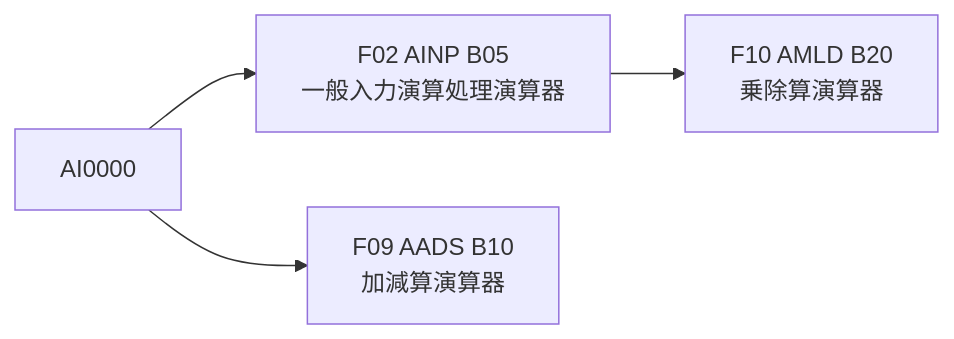
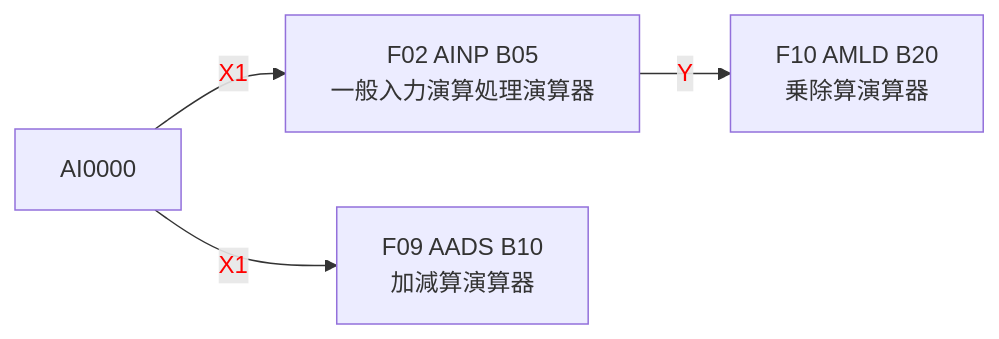
The first of 3 diagrams in EX-N01A-NOTE/ST1-4/DDC/Loop.md (HachiTsai/Hello-World), drawn with Mermaid before and after one commit. The commit also changed other lines of this file and 4 other files, not shown here.

````diff
--- a/EX-N01A-NOTE/ST1-4/DDC/Loop.md
+++ b/EX-N01A-NOTE/ST1-4/DDC/Loop.md
@@ -9,17 +9,18 @@
 ```mermaid
 flowchart LR
     %% Input Signals
-    X1[AI0000]
+    AI1[AI0000]
 
 
     %% Function Blocks
     F02[F02 AINP B05<br>一般入力演算処理演算器]
     F10[F10 AMLD B20<br>乗除算演算器]
     F09[F09 AADS B10<br>加減算演算器]
 
     %% Connections
-    X1 --> F02
-    F02 --> F10
+    AI1 --> |"X1"| F02
+    F02 --> |"Y"| F10
 
-    X1 --> F09
+    AI1 --> |"X1"| F09
+    linkStyle 0,1,2 color:red;
 ```
````
